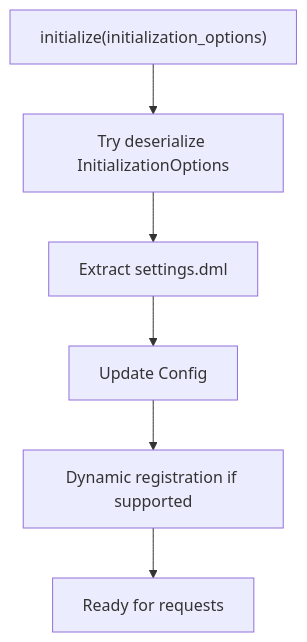
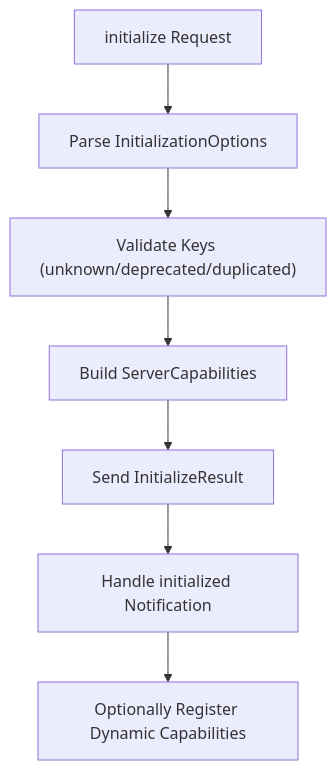
The sixth of 9 diagrams in .qoder/repowiki/en/content/Language Server Protocol Implementation/Language Server Protocol Implementation.md (fenghaitao/dml-language-server), drawn with Mermaid before and after one commit. The commit also changed other lines of this file and 119 other files, not shown here.

First line of the commit message:
docs(api): add comprehensive API reference for DML Language Server

````diff
--- a/.qoder/repowiki/en/content/Language Server Protocol Implementation/Language Server Protocol Implementation.md
+++ b/.qoder/repowiki/en/content/Language Server Protocol Implementation/Language Server Protocol Implementation.md
@@ -350,8 +352,9 @@
 ```mermaid
 flowchart TD
-A["initialize(initialization_options)"] --> B["Try deserialize InitializationOptions"]
-B --> C["Extract settings.dml"]
-C --> D["Update Config"]
-D --> E["Dynamic registration if supported"]
-E --> F["Ready for requests"]
+InitReq["initialize Request"] --> ParseOpts["Parse InitializationOptions"]
+ParseOpts --> ValidateKeys["Validate Keys (unknown/deprecated/duplicated)"]
+ValidateKeys --> BuildCaps["Build ServerCapabilities"]
+BuildCaps --> SendResult["Send InitializeResult"]
+SendResult --> InitNotify["Handle initialized Notification"]
+InitNotify --> RegisterDyn["Optionally Register Dynamic Capabilities"]
 ```
````
